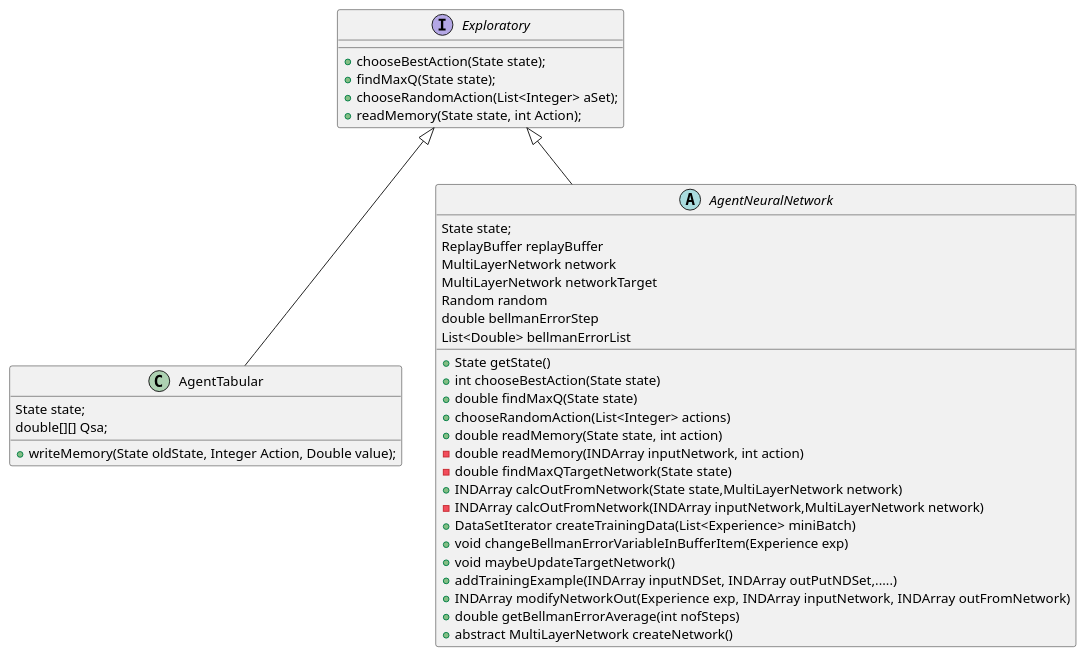
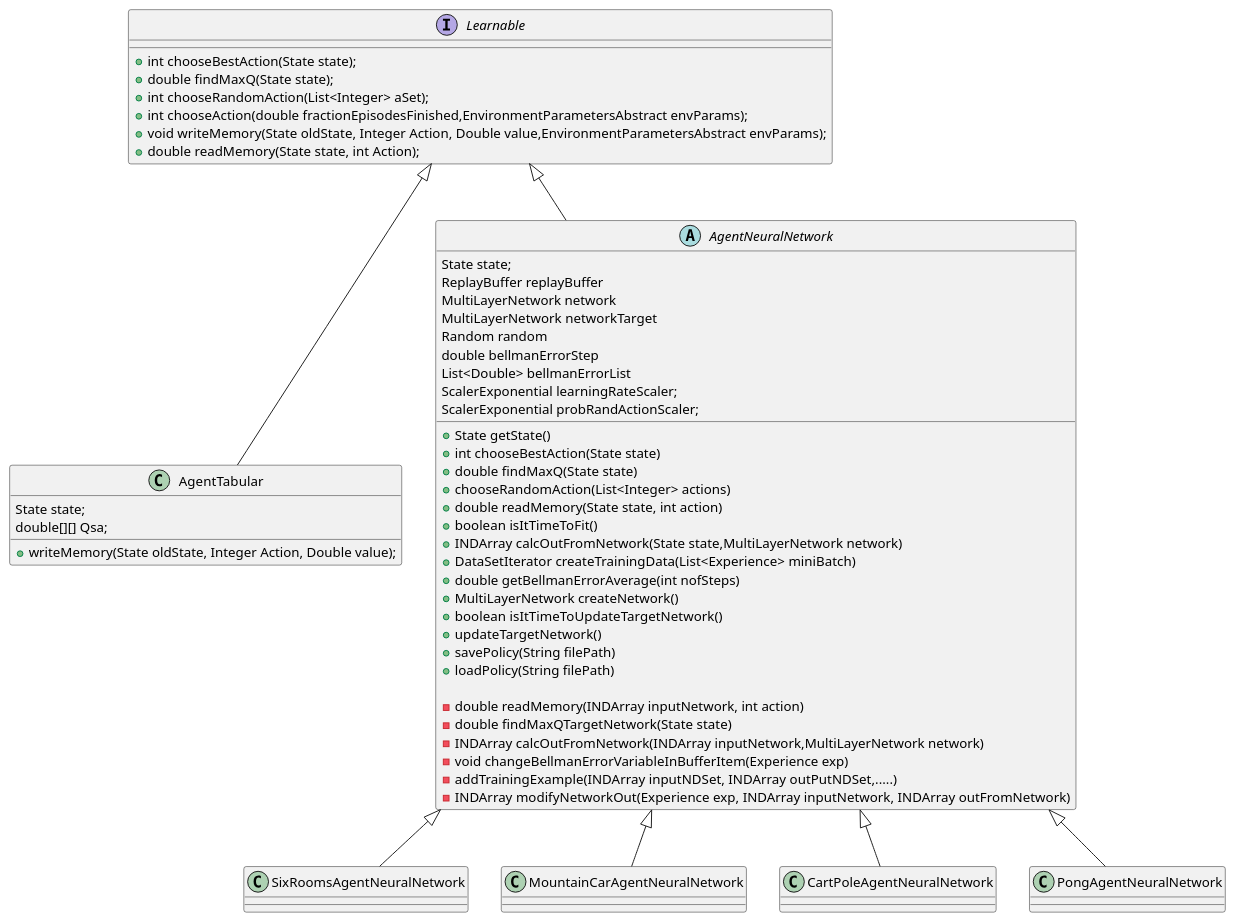
Before and after one commit to JonasHellgren/MachineLearning: the diagram in src/main/java/java_ai_gym/plantuml/classes_agent.puml, drawn with PlantUML. The commit also changed 21 other files, not shown here.

Commit message:
Updated plant uml diagrams, some code clean up

```diff
--- a/src/main/java/java_ai_gym/plantuml/classes_agent.puml
+++ b/src/main/java/java_ai_gym/plantuml/classes_agent.puml
@@ -1,47 +1,62 @@
 @startuml
 'https://plantuml.com/class-diagram
 
-interface Exploratory {
-    + chooseBestAction(State state);
-    + findMaxQ(State state);
-    + chooseRandomAction(List<Integer> aSet);
-    + readMemory(State state, int Action);
+interface Learnable {
+    + int chooseBestAction(State state);
+    + double findMaxQ(State state);
+    + int chooseRandomAction(List<Integer> aSet);
+    + int chooseAction(double fractionEpisodesFinished,EnvironmentParametersAbstract envParams);
+    + void writeMemory(State oldState, Integer Action, Double value,EnvironmentParametersAbstract envParams);
+    + double readMemory(State state, int Action);
 }
 
 class AgentTabular {
 State state;
 double[][] Qsa;
 + writeMemory(State oldState, Integer Action, Double value);
 }
 
 abstract class AgentNeuralNetwork {
 State state;
 ReplayBuffer replayBuffer
 MultiLayerNetwork network
 MultiLayerNetwork networkTarget
 Random random
 double bellmanErrorStep
 List<Double> bellmanErrorList
+ScalerExponential learningRateScaler;
+ ScalerExponential probRandActionScaler;
 
 + State getState()
 + int chooseBestAction(State state)
 + double findMaxQ(State state)
 + chooseRandomAction(List<Integer> actions)
 + double readMemory(State state, int action)
++ boolean isItTimeToFit()
++ INDArray calcOutFromNetwork(State state,MultiLayerNetwork network)
++ DataSetIterator createTrainingData(List<Experience> miniBatch)
++ double getBellmanErrorAverage(int nofSteps)
++ MultiLayerNetwork createNetwork()
++ boolean isItTimeToUpdateTargetNetwork()
++ updateTargetNetwork()
++ savePolicy(String filePath)
++ loadPolicy(String filePath)
+
 - double readMemory(INDArray inputNetwork, int action)
 - double findMaxQTargetNetwork(State state)
-+ INDArray calcOutFromNetwork(State state,MultiLayerNetwork network)
 - INDArray calcOutFromNetwork(INDArray inputNetwork,MultiLayerNetwork network)
-+ DataSetIterator createTrainingData(List<Experience> miniBatch)
-+ void changeBellmanErrorVariableInBufferItem(Experience exp)
-+ void maybeUpdateTargetNetwork()
-+ addTrainingExample(INDArray inputNDSet, INDArray outPutNDSet,.....)
-+ INDArray modifyNetworkOut(Experience exp, INDArray inputNetwork, INDArray outFromNetwork)
-+ double getBellmanErrorAverage(int nofSteps)
-+ abstract MultiLayerNetwork createNetwork()
+- void changeBellmanErrorVariableInBufferItem(Experience exp)
+- addTrainingExample(INDArray inputNDSet, INDArray outPutNDSet,.....)
+- INDArray modifyNetworkOut(Experience exp, INDArray inputNetwork, INDArray outFromNetwork)
+
 }
 
-Exploratory  <|-- AgentTabular
-Exploratory  <|-- AgentNeuralNetwork
+Learnable  <|-- AgentTabular
+Learnable  <|-- AgentNeuralNetwork
+
+AgentNeuralNetwork  <|-- SixRoomsAgentNeuralNetwork
+AgentNeuralNetwork  <|-- MountainCarAgentNeuralNetwork
+AgentNeuralNetwork  <|-- CartPoleAgentNeuralNetwork
+AgentNeuralNetwork  <|-- PongAgentNeuralNetwork
 
 @enduml
```
